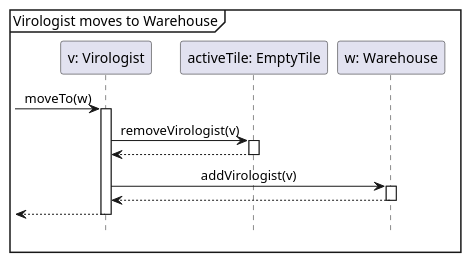
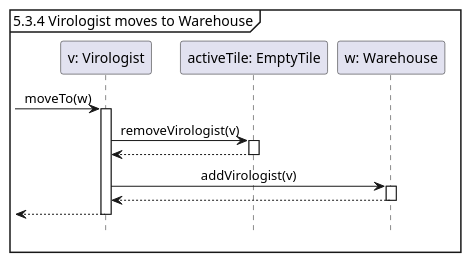
One commit to Tschonti/503-service-unavailable changed the diagram in docs/testCases/sequences/moveToWarehouse.puml. Above: the diagram before and after it, drawn with PlantUML. The commit also changed 3 other files, not shown here.

Commit message:
move seq diagram counting

```diff
--- a/docs/testCases/sequences/moveToWarehouse.puml
+++ b/docs/testCases/sequences/moveToWarehouse.puml
@@ -1,18 +1,18 @@
 @startuml
 'https://plantuml.com/sequence-diagram
 hide footbox
 skinparam sequenceMessageAlign center
 
-mainframe Virologist moves to Warehouse
+mainframe 5.3.4 Virologist moves to Warehouse
 
 participant "v: Virologist" as v
 participant "activeTile: EmptyTile" as t1
 participant "w: Warehouse" as w
 
 -> v ++: moveTo(w)
     v -> t1 ++ : removeVirologist(v)
     return
     v -> w ++ : addVirologist(v)
     return
 return
 @enduml
```
